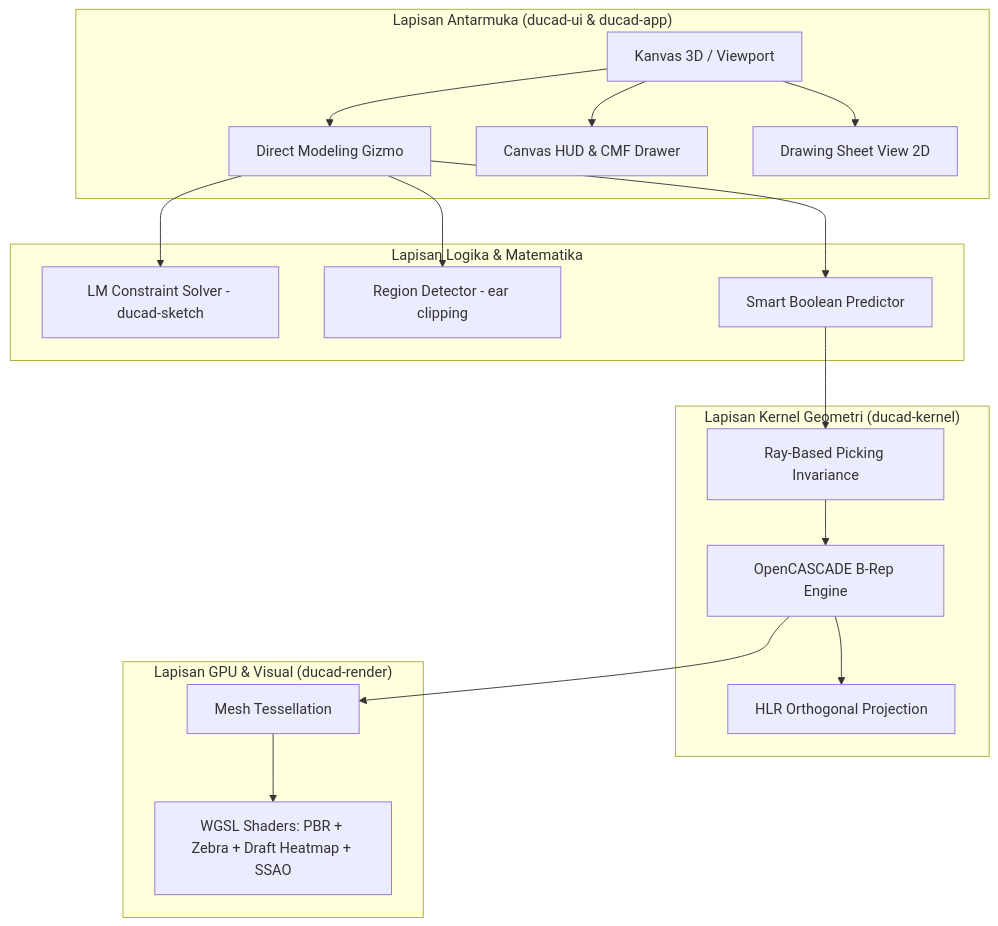
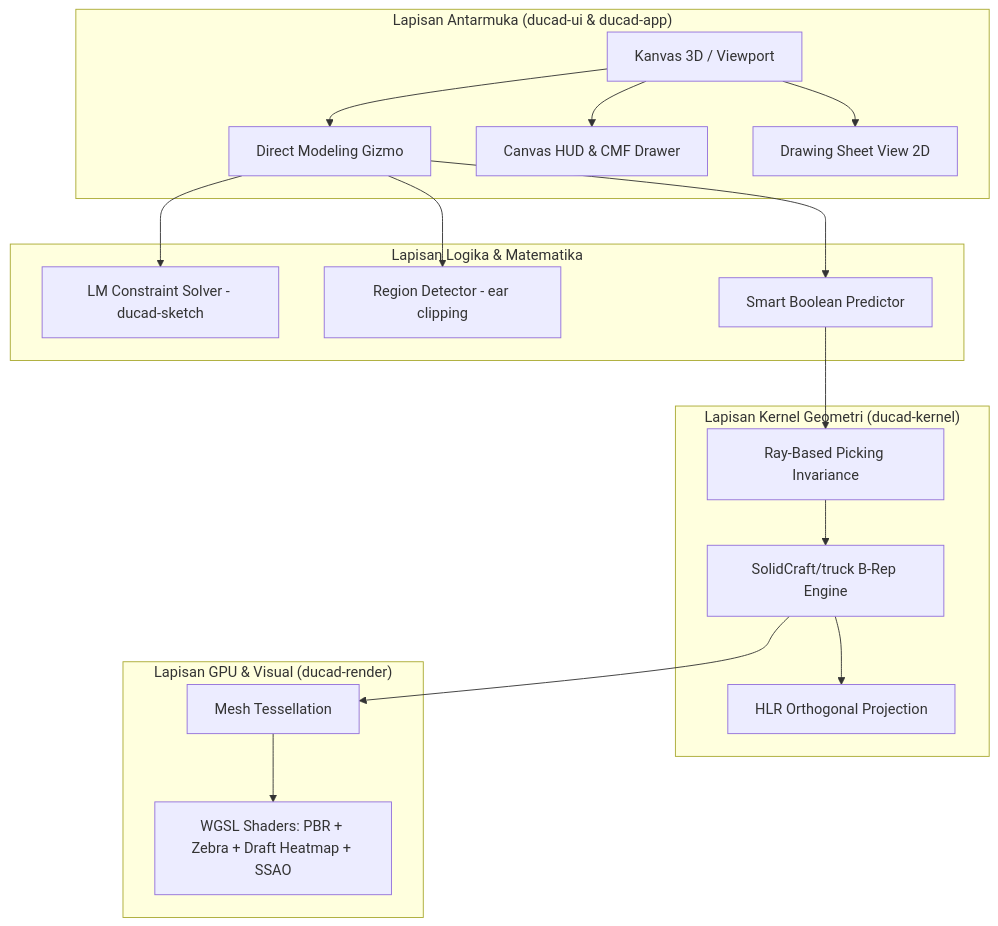
One commit to cmjcode/ducad changed the first of 2 diagrams in ducad-editor/docs/ANALISIS_KOMPARATIF_CAD.md. Above: the diagram before and after it, drawn with Mermaid. The commit also changed other lines of this file and 29 other files, not shown here.

````diff
--- a/ducad-editor/docs/ANALISIS_KOMPARATIF_CAD.md
+++ b/ducad-editor/docs/ANALISIS_KOMPARATIF_CAD.md
@@ -33,25 +33,25 @@
 ```mermaid
 graph TD
     subgraph UI_Presentation ["Lapisan Antarmuka (ducad-ui & ducad-app)"]
         A[Kanvas 3D / Viewport] --> B[Direct Modeling Gizmo]
         A --> C[Canvas HUD & CMF Drawer]
         A --> D[Drawing Sheet View 2D]
     end
 
     subgraph Core_Engines ["Lapisan Logika & Matematika"]
         B --> E[LM Constraint Solver - ducad-sketch]
         B --> F[Region Detector - ear clipping]
         B --> G[Smart Boolean Predictor]
     end
 
     subgraph Kernel_Boundary ["Lapisan Kernel Geometri (ducad-kernel)"]
         G --> H[Ray-Based Picking Invariance]
-        H --> I[OpenCASCADE B-Rep Engine]
+        H --> I[SolidCraft/truck B-Rep Engine]
         I --> J[HLR Orthogonal Projection]
     end
 
     subgraph GPU_Pipeline ["Lapisan GPU & Visual (ducad-render)"]
         I --> K[Mesh Tessellation]
         K --> L[WGSL Shaders: PBR + Zebra + Draft Heatmap + SSAO]
     end
 ```
````
